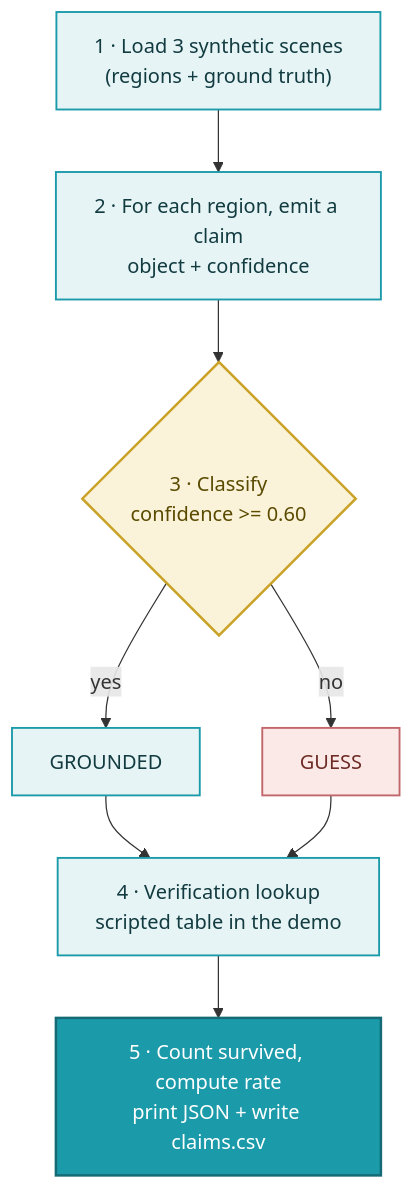
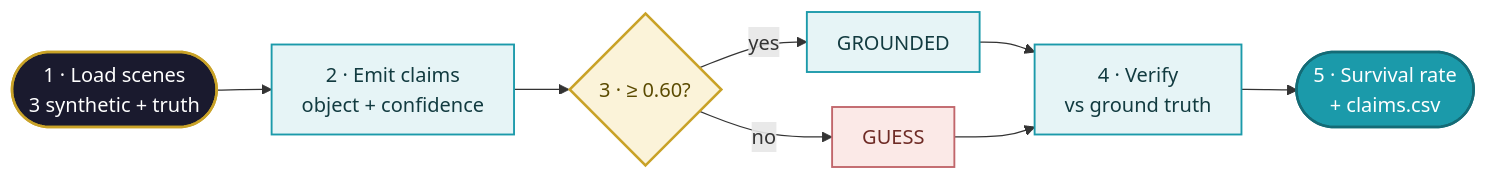
The first of 6 diagrams in diagrams/TECHNICAL-FLOWS.md (GAI-Engineering/poc-learning-lab), drawn with Mermaid before and after one commit. The commit also changed other lines of this file and 13 other files, not shown here.

Commit message:
Executive layer completed for all six POCs: market-data lead in every notebook, Patterns 4-6 in the business case, Day 2 key-data rows, technical flows embedded, Day 2 SVG infographics, unified chart style

````diff
--- a/diagrams/TECHNICAL-FLOWS.md
+++ b/diagrams/TECHNICAL-FLOWS.md
@@ -11,14 +20,16 @@
 ```mermaid
-flowchart TD
-    A["1 · Load 3 synthetic scenes<br/>(regions + ground truth)"]:::proc --> B["2 · For each region, emit a claim<br/>object + confidence"]:::proc
-    B --> C{"3 · Classify<br/>confidence >= 0.60"}:::decision
+%%{init: {"flowchart": {"nodeSpacing": 28, "rankSpacing": 44, "padding": 12}}}%%
+flowchart LR
+    A(["1 · Load scenes<br/>3 synthetic + truth"]):::io --> B["2 · Emit claims<br/>object + confidence"]:::proc
+    B --> C{"3 · ≥ 0.60?"}:::decision
     C -->|yes| D["GROUNDED"]:::proc
     C -->|no| E["GUESS"]:::warn
-    D --> F["4 · Verification lookup<br/>scripted table in the demo"]:::proc
+    D --> F["4 · Verify<br/>vs ground truth"]:::proc
     E --> F
-    F --> G["5 · Count survived, compute rate<br/>print JSON + write claims.csv"]:::metric
+    F --> G(["5 · Survival rate<br/>+ claims.csv"]):::metric
+    classDef io fill:#1A1A2E,stroke:#C9A227,stroke-width:2px,color:#FFFFFF;
     classDef proc fill:#E6F4F6,stroke:#1B9AAA,stroke-width:1.5px,color:#123B40;
     classDef decision fill:#FBF3D9,stroke:#C9A227,stroke-width:2px,color:#5A4A00;
     classDef warn fill:#FBE9E7,stroke:#C1666B,stroke-width:1.5px,color:#6E2B26;
     classDef metric fill:#1B9AAA,stroke:#146B76,stroke-width:2px,color:#FFFFFF;
 ```
````
